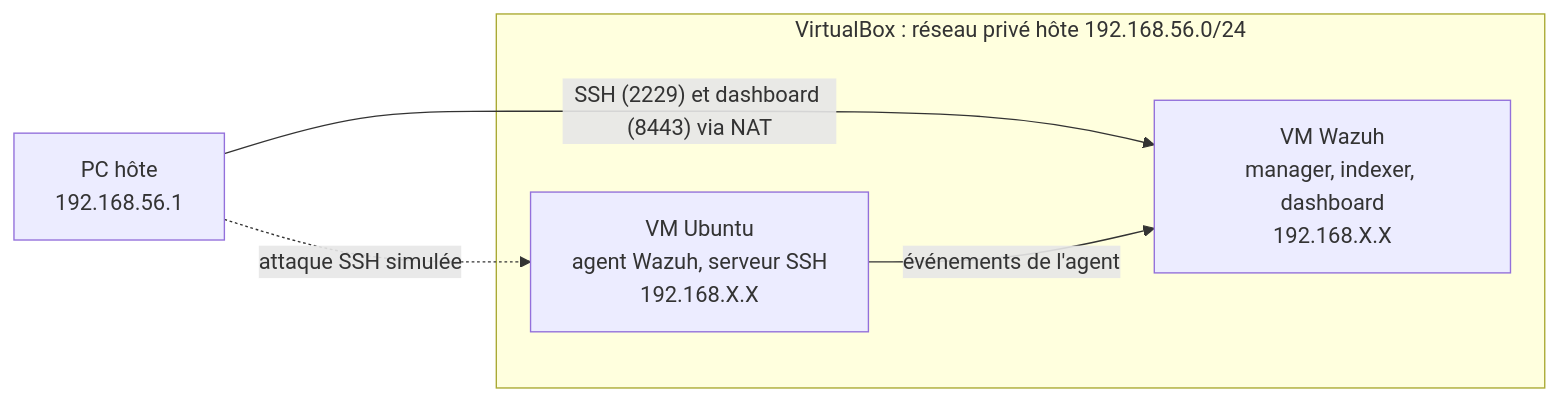
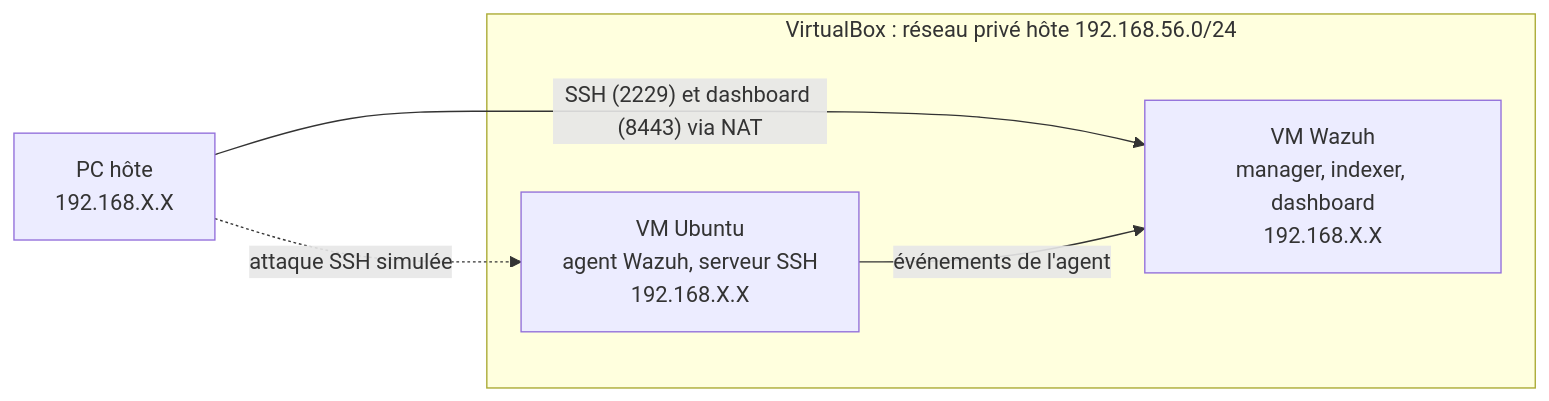
One commit to CeliaRami/wazuh-soc-lab changed the diagram in README.md. Above: the diagram before and after it, drawn with Mermaid.

````diff
--- a/README.md
+++ b/README.md
@@ -16,11 +16,11 @@
 ```mermaid
 flowchart LR
-  PC["PC hôte<br/>192.168.56.1"]
+  PC["PC hôte<br/>192.168.X.X"]
   subgraph VB["VirtualBox : réseau privé hôte 192.168.56.0/24"]
     W["VM Wazuh<br/>manager, indexer, dashboard<br/>192.168.X.X"]
     U["VM Ubuntu<br/>agent Wazuh, serveur SSH<br/>192.168.X.X"]
   end
   PC -->|"SSH (2229) et dashboard (8443) via NAT"| W
   U -->|"événements de l'agent"| W
   PC -.->|"attaque SSH simulée"| U
 ```
````
